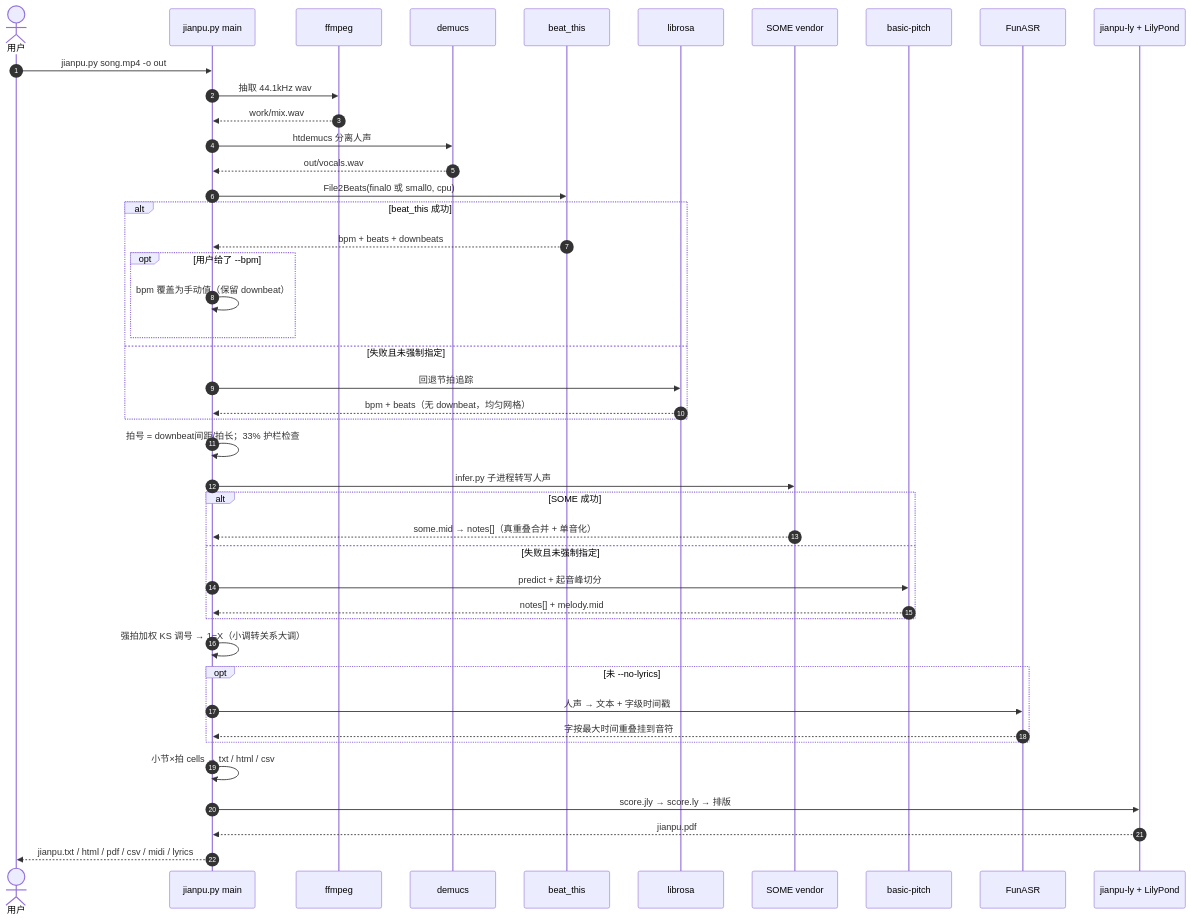
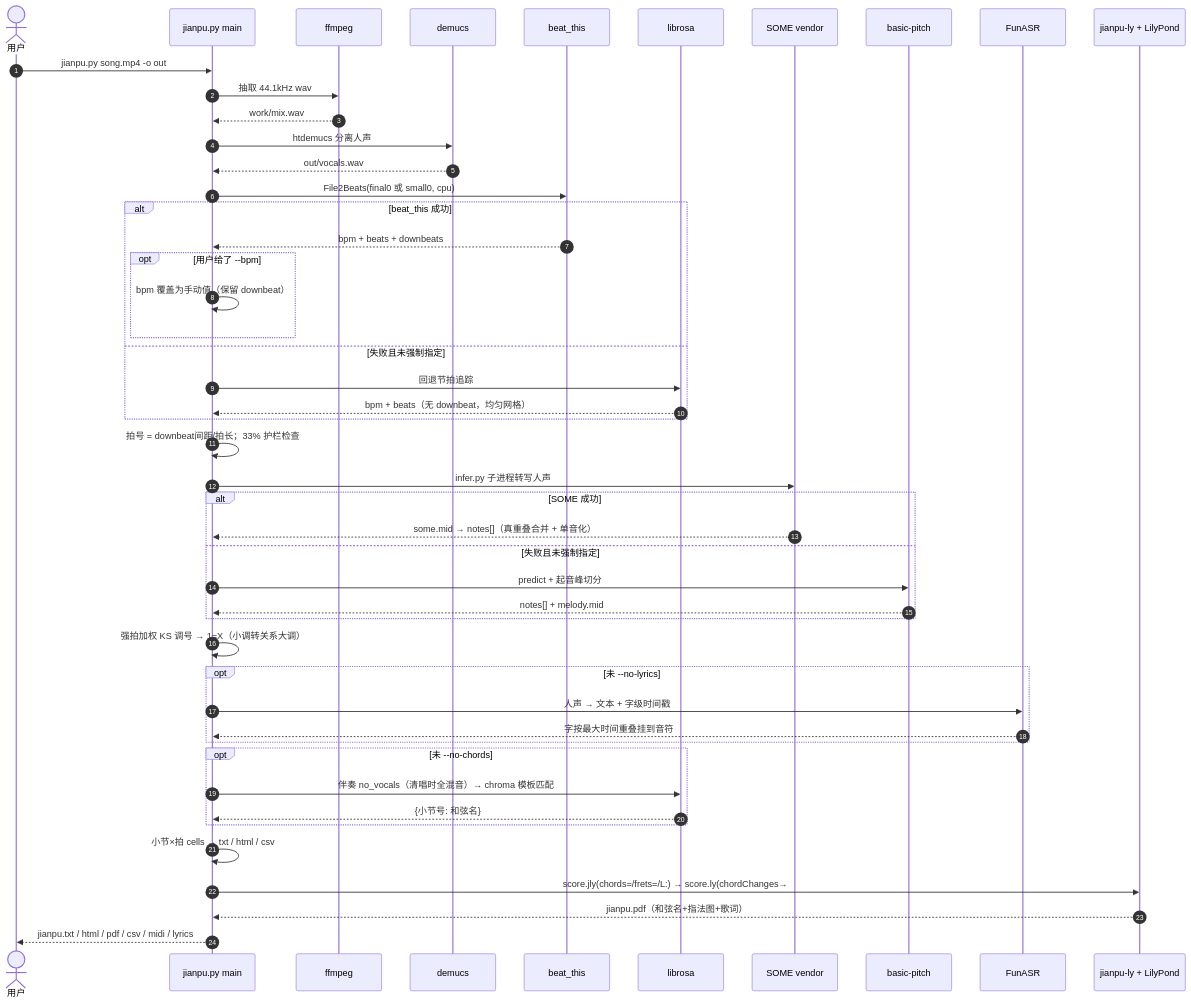
The second of 8 diagrams in ARCHITECTURE.md (kaleyroy/JianPuPipeline), drawn with Mermaid before and after one commit. The commit also changed other lines of this file and 14 other files, not shown here.

````diff
--- a/ARCHITECTURE.md
+++ b/ARCHITECTURE.md
@@ -101,52 +113,57 @@
 ```mermaid
 sequenceDiagram
     autonumber
     actor U as 用户
     participant J as jianpu.py main
     participant FF as ffmpeg
     participant DM as demucs
     participant BT as beat_this
     participant LI as librosa
     participant SO as SOME vendor
     participant BP as basic-pitch
     participant FA as FunASR
     participant LP as jianpu-ly + LilyPond
 
     U->>J: jianpu.py song.mp4 -o out
     J->>FF: 抽取 44.1kHz wav
     FF-->>J: work/mix.wav
     J->>DM: htdemucs 分离人声
     DM-->>J: out/vocals.wav
 
     J->>BT: File2Beats(final0 或 small0, cpu)
     alt beat_this 成功
         BT-->>J: bpm + beats + downbeats
         opt 用户给了 --bpm
             J->>J: bpm 覆盖为手动值（保留 downbeat）
         end
     else 失败且未强制指定
         J->>LI: 回退节拍追踪
         LI-->>J: bpm + beats（无 downbeat，均匀网格）
     end
     J->>J: 拍号 = downbeat间距/拍长；33% 护栏检查
 
     J->>SO: infer.py 子进程转写人声
     alt SOME 成功
         SO-->>J: some.mid → notes[]（真重叠合并 + 单音化）
     else 失败且未强制指定
         J->>BP: predict + 起音峰切分
         BP-->>J: notes[] + melody.mid
     end
 
     J->>J: 强拍加权 KS 调号 → 1=X（小调转关系大调）
 
     opt 未 --no-lyrics
         J->>FA: 人声 → 文本 + 字级时间戳
         FA-->>J: 字按最大时间重叠挂到音符
     end
 
+    opt 未 --no-chords
+        J->>LI: 伴奏 no_vocals（清唱时全混音）→ chroma 模板匹配
+        LI-->>J: {小节号: 和弦名}
+    end
+
     J->>J: 小节×拍 cells → txt / html / csv
-    J->>LP: score.jly → score.ly → 排版
-    LP-->>J: jianpu.pdf
+    J->>LP: score.jly(chords=/frets=/L:) → score.ly(chordChanges→##f) → 排版
+    LP-->>J: jianpu.pdf（和弦名+指法图+歌词）
     J-->>U: jianpu.txt / html / pdf / csv / midi / lyrics
 ```
````
